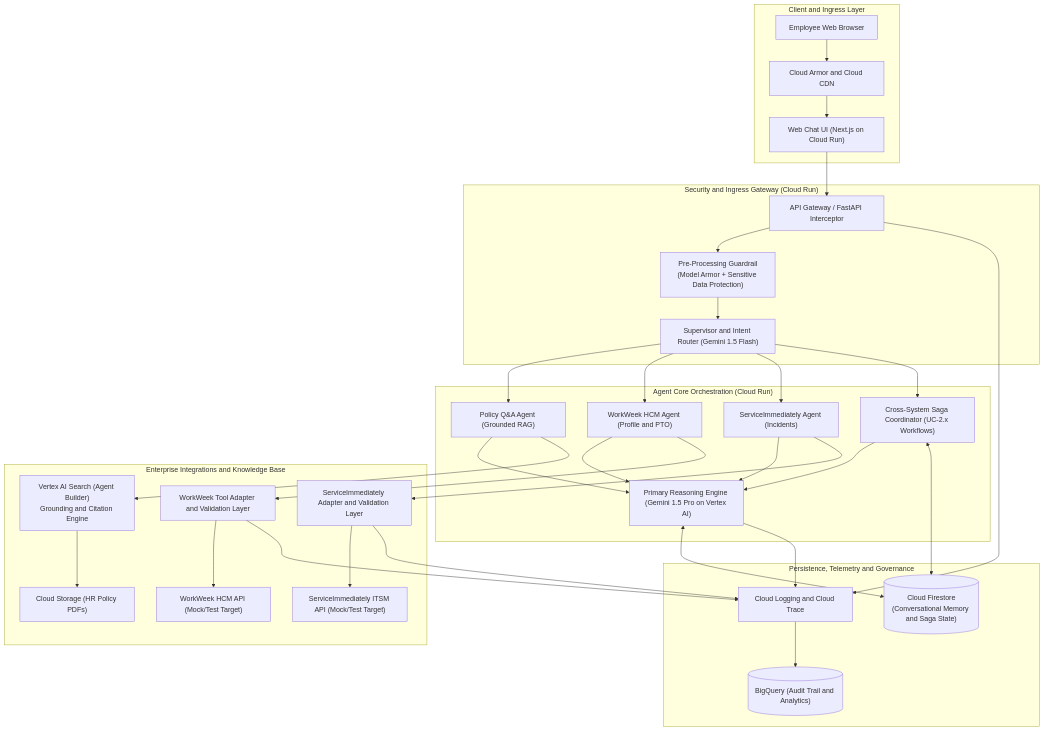
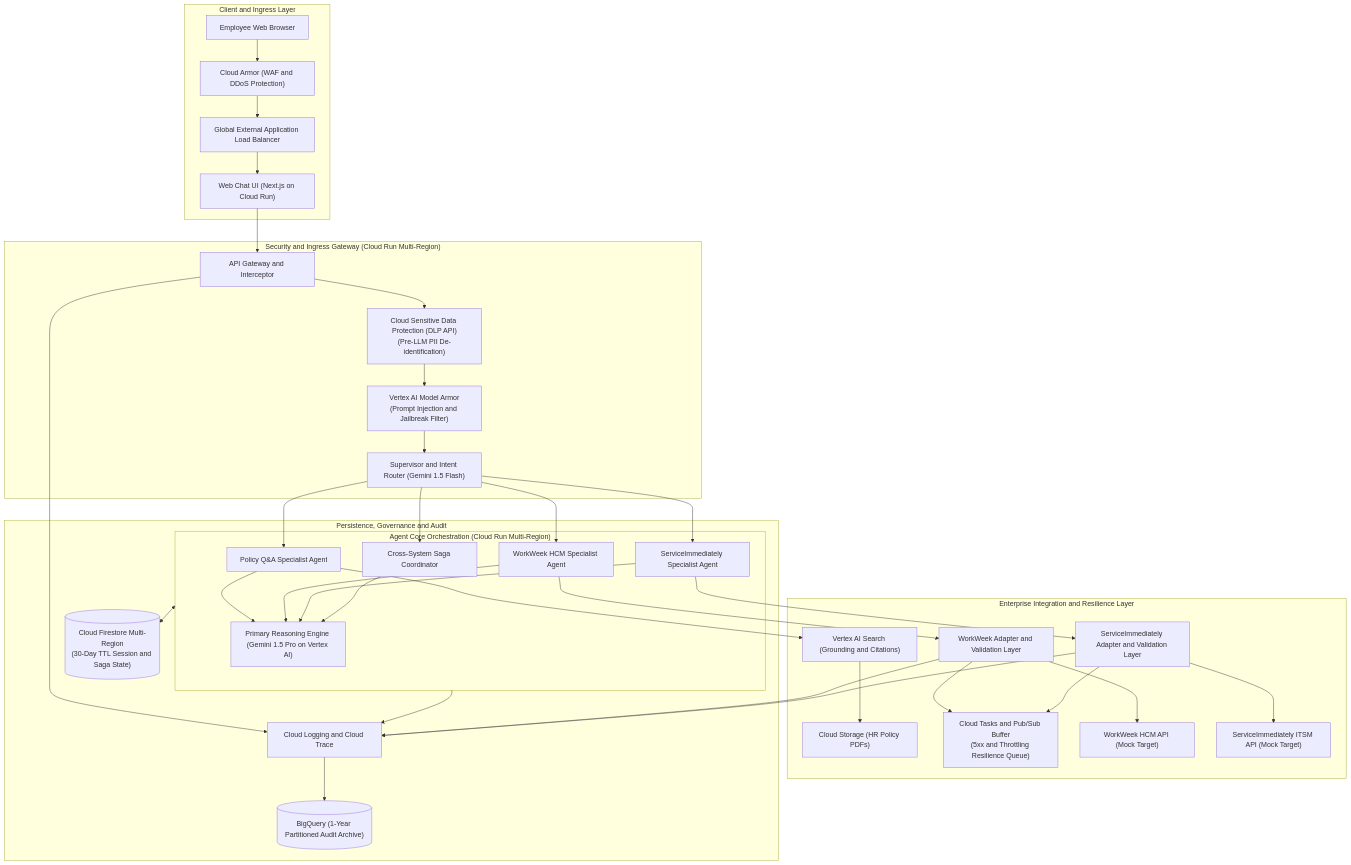
One commit to randyh0329/PRJ-ELEVATE-C1-G5 changed the second of 13 diagrams in Enterprise Agentic Solution Design Document - MVP 1.md. Above: the diagram before and after it, drawn with Mermaid. The commit also changed other lines of this file, not shown here.

````diff
--- a/Enterprise Agentic Solution Design Document - MVP 1.md
+++ b/Enterprise Agentic Solution Design Document - MVP 1.md
@@ -61,46 +85,47 @@
 ```mermaid
 flowchart TB
-    subgraph ClientLayer["Client and Ingress Layer"]
-        UserBrowser["Employee Web Browser"] --> CDN["Cloud Armor and Cloud CDN"]
-        CDN --> Frontend["Web Chat UI (Next.js on Cloud Run)"]
+    subgraph ClientAndIngress["Client and Ingress Layer"]
+        UserBrowser["Employee Web Browser"] --> CloudArmor["Cloud Armor (WAF and DDoS Protection)"]
+        CloudArmor --> GlobalLB["Global External Application Load Balancer"]
+        GlobalLB --> ChatUI["Web Chat UI (Next.js on Cloud Run)"]
     end
 
-    subgraph SecurityGateway["Security and Ingress Gateway (Cloud Run)"]
-        Frontend --> API_GW["API Gateway / FastAPI Interceptor"]
-        API_GW --> PreGuard["Pre-Processing Guardrail<br>(Model Armor + Sensitive Data Protection)"]
-        PreGuard --> Router["Supervisor and Intent Router (Gemini 1.5 Flash)"]
+    subgraph SecurityGateway["Security and Ingress Gateway (Cloud Run Multi-Region)"]
+        ChatUI --> APIGateway["API Gateway and Interceptor"]
+        APIGateway --> DLP["Cloud Sensitive Data Protection (DLP API)<br>(Pre-LLM PII De-identification)"]
+        DLP --> ModelArmor["Vertex AI Model Armor<br>(Prompt Injection and Jailbreak Filter)"]
+        ModelArmor --> Router["Supervisor and Intent Router (Gemini 1.5 Flash)"]
     end
 
-    subgraph AgentOrchestration["Agent Core Orchestration (Cloud Run)"]
-        Router --> PolicyAgent["Policy Q&A Agent (Grounded RAG)"]
-        Router --> HCMAgent["WorkWeek HCM Agent (Profile and PTO)"]
-        Router --> ITSMAgent["ServiceImmediately Agent (Incidents)"]
-        Router --> SagaCoordinator["Cross-System Saga Coordinator (UC-2.x Workflows)"]
+    subgraph AgentCore["Agent Core Orchestration (Cloud Run Multi-Region)"]
+        Router --> PolicyAgent["Policy Q&A Specialist Agent"]
+        Router --> HCMAgent["WorkWeek HCM Specialist Agent"]
+        Router --> ITSMAgent["ServiceImmediately Specialist Agent"]
+        Router --> SagaCoordinator["Cross-System Saga Coordinator"]
         
-        PolicyAgent --> LLMEngine["Primary Reasoning Engine (Gemini 1.5 Pro on Vertex AI)"]
-        HCMAgent --> LLMEngine
-        ITSMAgent --> LLMEngine
-        SagaCoordinator --> LLMEngine
+        PolicyAgent --> LLMReasoning["Primary Reasoning Engine (Gemini 1.5 Pro on Vertex AI)"]
+        HCMAgent --> LLMReasoning
+        ITSMAgent --> LLMReasoning
+        SagaCoordinator --> LLMReasoning
     end
 
-    subgraph DataAndTools["Enterprise Integrations and Knowledge Base"]
-        PolicyAgent --> VAISearch["Vertex AI Search (Agent Builder)<br>Grounding and Citation Engine"]
+    subgraph IntegrationAndResilience["Enterprise Integration and Resilience Layer"]
+        PolicyAgent --> VAISearch["Vertex AI Search (Grounding and Citations)"]
         VAISearch --> GCS["Cloud Storage (HR Policy PDFs)"]
         
-        HCMAgent --> WWAdapter["WorkWeek Tool Adapter and Validation Layer"]
-        WWAdapter --> MockWW["WorkWeek HCM API (Mock/Test Target)"]
+        HCMAgent --> WWAdapter["WorkWeek Adapter and Validation Layer"]
+        ITSMAgent --> SIAdapter["ServiceImmediately Adapter and Validation Layer"]
         
-        ITSMAgent --> SIAdapter["ServiceImmediately Adapter and Validation Layer"]
-        SIAdapter --> MockSI["ServiceImmediately ITSM API (Mock/Test Target)"]
+        WWAdapter --> CloudTasks["Cloud Tasks and Pub/Sub Buffer<br>(5xx and Throttling Resilience Queue)"]
+        SIAdapter --> CloudTasks
+        
+        WWAdapter --> MockWW["WorkWeek HCM API (Mock Target)"]
+        SIAdapter --> MockSI["ServiceImmediately ITSM API (Mock Target)"]
     end
 
-    subgraph PersistenceAndObservability["Persistence, Telemetry and Governance"]
-        SagaCoordinator <--> Firestore[("Cloud Firestore<br>(Conversational Memory and Saga State)")]
-        LLMEngine <--> Firestore
-        API_GW --> Telemetry["Cloud Logging and Cloud Trace"]
-        LLMEngine --> Telemetry
-        WWAdapter --> Telemetry
-        SIAdapter --> Telemetry
-        Telemetry --> BigQuery[("BigQuery (Audit Trail and Analytics)")]
+    subgraph PersistenceAndGovernance["Persistence, Governance and Audit"]
+        AgentCore <--> Firestore[("Cloud Firestore Multi-Region<br>(30-Day TTL Session and Saga State)")]
+        APIGateway & AgentCore & WWAdapter & SIAdapter --> Logging["Cloud Logging and Cloud Trace"]
+        Logging --> BigQuery[("BigQuery (1-Year Partitioned Audit Archive)")]
     end
 ```
````
